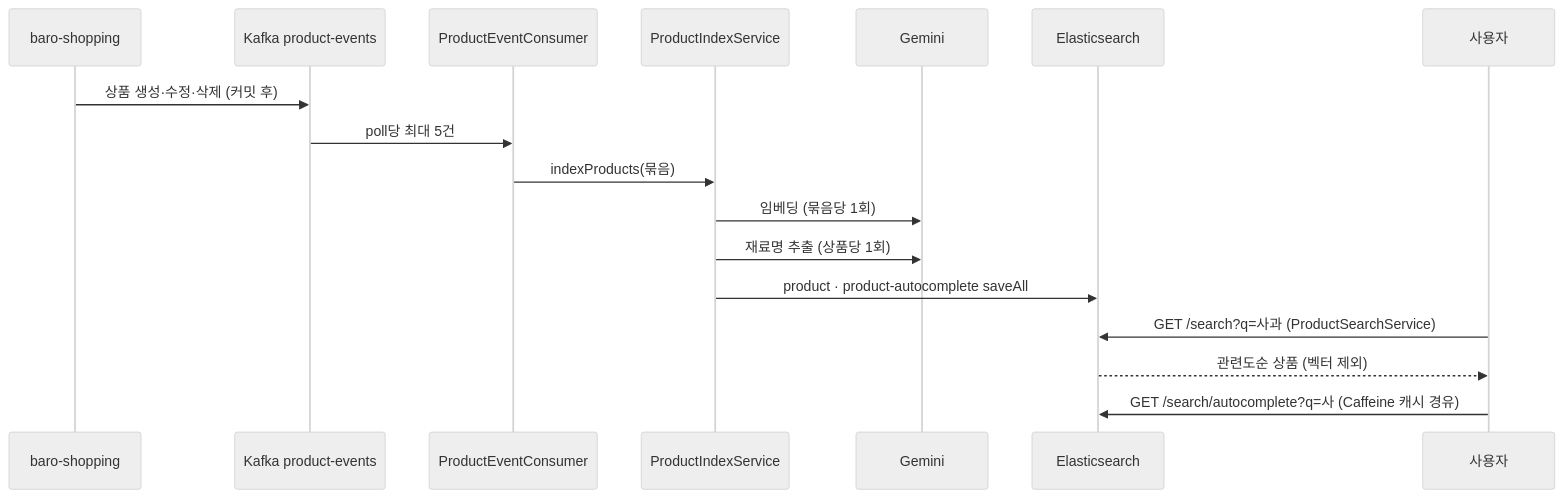
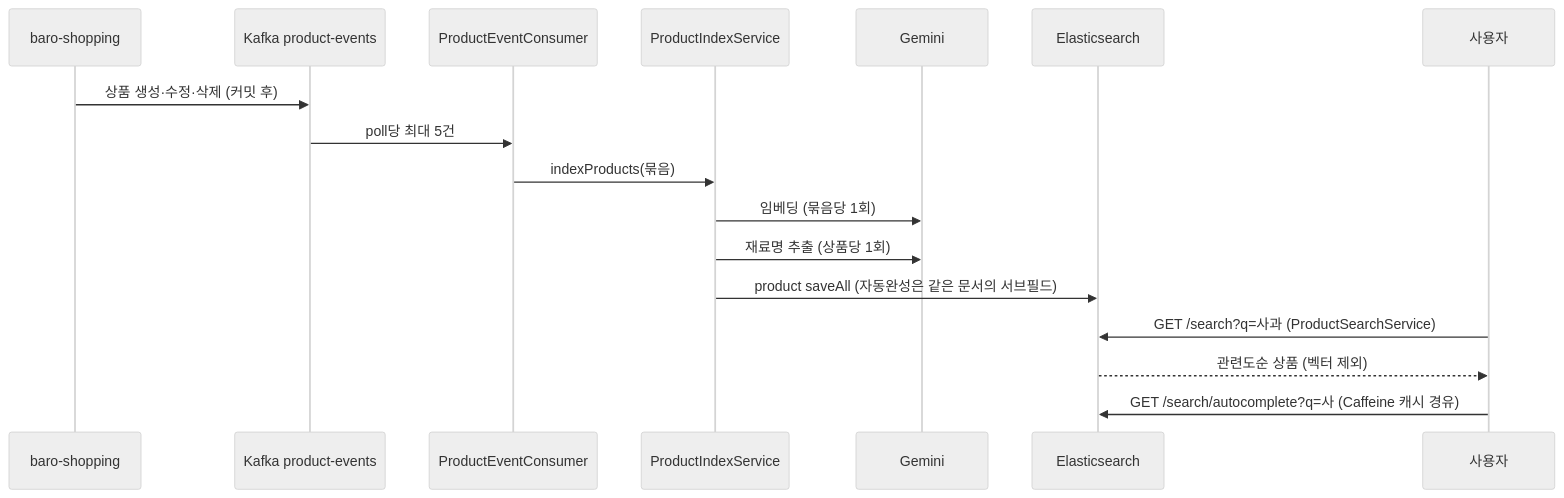
One commit to chhezue/baro-farm changed the diagram in baro-ai/docs/features/keyword-search.md. Above: the diagram before and after it, drawn with Mermaid (neutral theme). The commit also changed other lines of this file and 32 other files, not shown here.

````diff
--- a/baro-ai/docs/features/keyword-search.md
+++ b/baro-ai/docs/features/keyword-search.md
@@ -23,19 +23,19 @@
 ```mermaid
 sequenceDiagram
     participant S as baro-shopping
     participant K as Kafka product-events
     participant C as ProductEventConsumer
     participant I as ProductIndexService
     participant G as Gemini
     participant E as Elasticsearch
     participant U as 사용자
     S->>K: 상품 생성·수정·삭제 (커밋 후)
     K->>C: poll당 최대 5건
     C->>I: indexProducts(묶음)
     I->>G: 임베딩 (묶음당 1회)
     I->>G: 재료명 추출 (상품당 1회)
-    I->>E: product · product-autocomplete saveAll
+    I->>E: product saveAll (자동완성은 같은 문서의 서브필드)
     U->>E: GET /search?q=사과 (ProductSearchService)
     E-->>U: 관련도순 상품 (벡터 제외)
     U->>E: GET /search/autocomplete?q=사 (Caffeine 캐시 경유)
 ```
````
